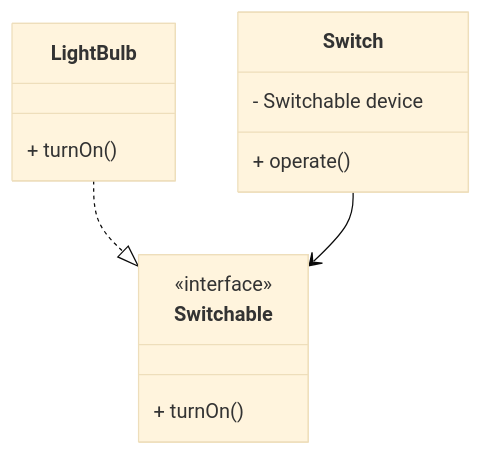
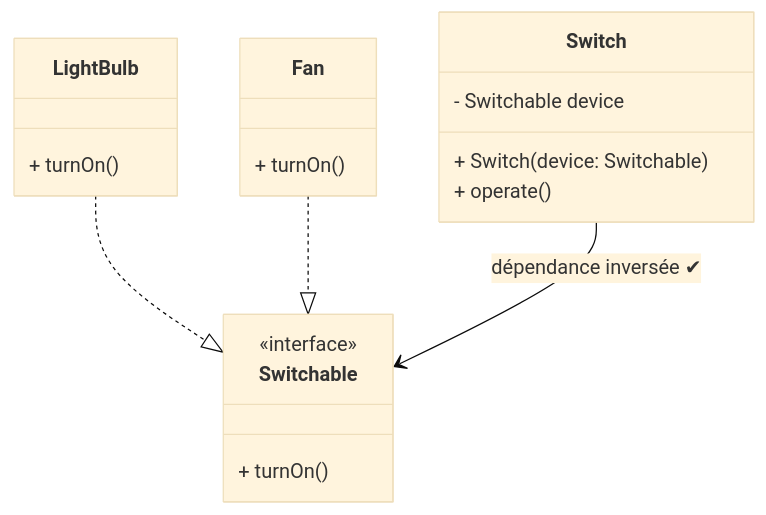
The tenth of 10 diagrams in 06-PARTIE4-JAVA/2.md (hrhouma1/Programmation-objet-2), drawn with Mermaid (base theme) before and after one commit. The commit also changed other lines of this file, not shown here.

````diff
--- a/06-PARTIE4-JAVA/2.md
+++ b/06-PARTIE4-JAVA/2.md
@@ -438,16 +281,19 @@
 ```mermaid
 classDiagram
     class Switchable {
-        <<interface>>
-        + turnOn()
+      <<interface>>
+      + turnOn()
     }
-    class LightBulb {
-        + turnOn()
+    class LightBulb { + turnOn() }
+    class Fan       { + turnOn() }
+
+    class Switch {
+      - Switchable device
+      + Switch(device: Switchable)
+      + operate()
     }
-    class Switch {
-        - Switchable device
-        + operate()
-    }
+
     LightBulb ..|> Switchable
-    Switch --> Switchable
+    Fan ..|> Switchable
+    Switch --> Switchable : dépendance inversée ✔
 ```
````
